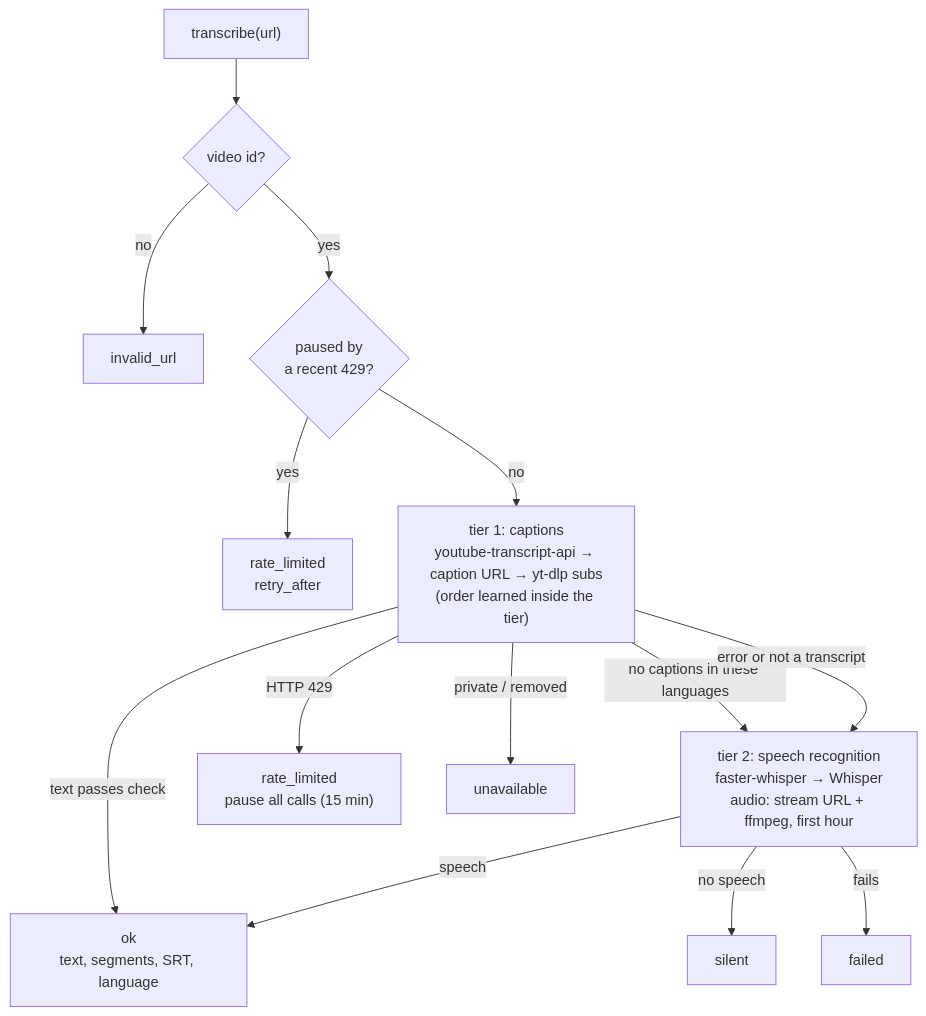
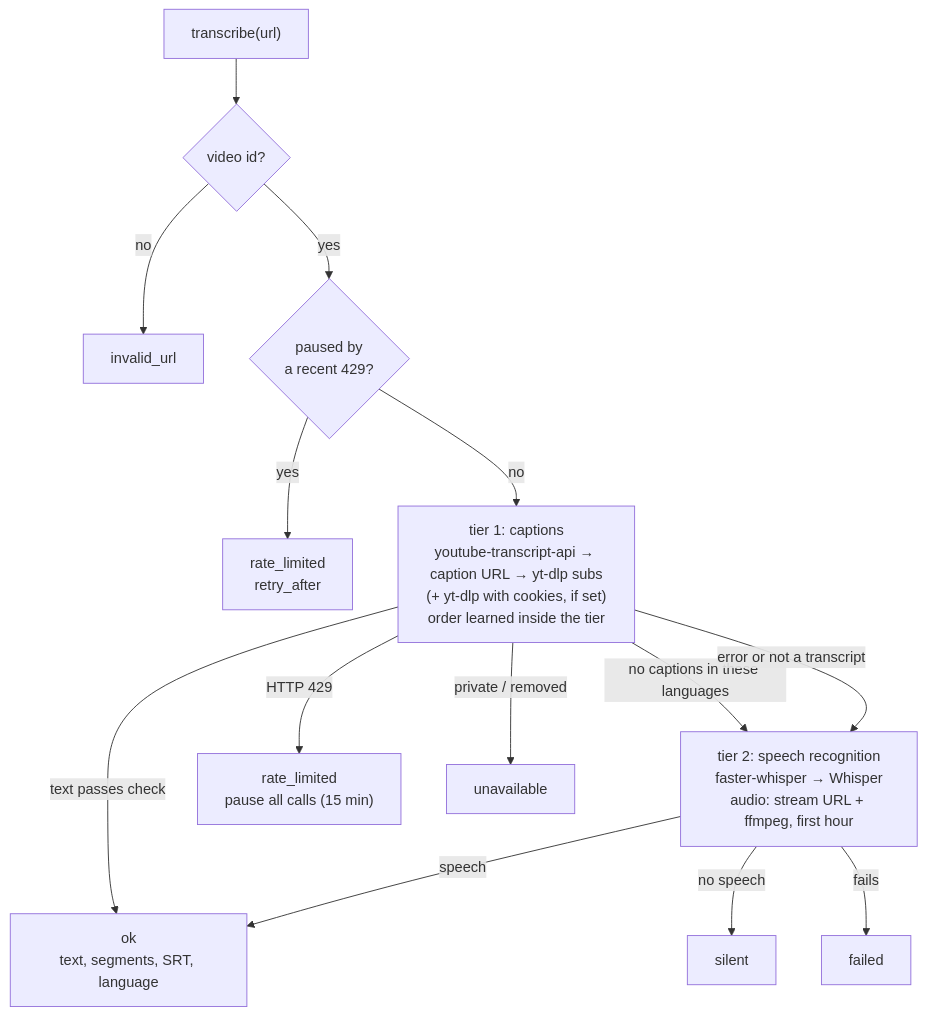
The first of 2 diagrams in README.md (CaiqueDourado/transcriptladder), drawn with Mermaid before and after one commit. The commit also changed other lines of this file and 11 other files, not shown here.

First line of the commit message:
Degrau opcional com cookies de sessão logada (yt_dlp_subs_cookies)

````diff
--- a/README.md
+++ b/README.md
@@ -62,16 +62,16 @@
 ```mermaid
 flowchart TD
   U["transcribe(url)"] --> V{"video id?"}
   V -- no --> I["invalid_url"]
   V -- yes --> P{"paused by<br/>a recent 429?"}
   P -- yes --> RL["rate_limited<br/>retry_after"]
-  P -- no --> T1["tier 1: captions<br/>youtube-transcript-api → caption URL → yt-dlp subs<br/>(order learned inside the tier)"]
+  P -- no --> T1["tier 1: captions<br/>youtube-transcript-api → caption URL → yt-dlp subs<br/>(+ yt-dlp with cookies, if set)<br/>order learned inside the tier"]
   T1 -- "text passes check" --> OK["ok<br/>text, segments, SRT, language"]
   T1 -- "no captions in these languages" --> T2
   T1 -- "error or not a transcript" --> T2["tier 2: speech recognition<br/>faster-whisper → Whisper<br/>audio: stream URL + ffmpeg, first hour"]
   T1 -- "HTTP 429" --> PAUSE["rate_limited<br/>pause all calls (15 min)"]
   T1 -- "private / removed" --> UN["unavailable"]
   T2 -- "speech" --> OK
   T2 -- "no speech" --> S["silent"]
   T2 -- "fails" --> F["failed"]
 ```
````
